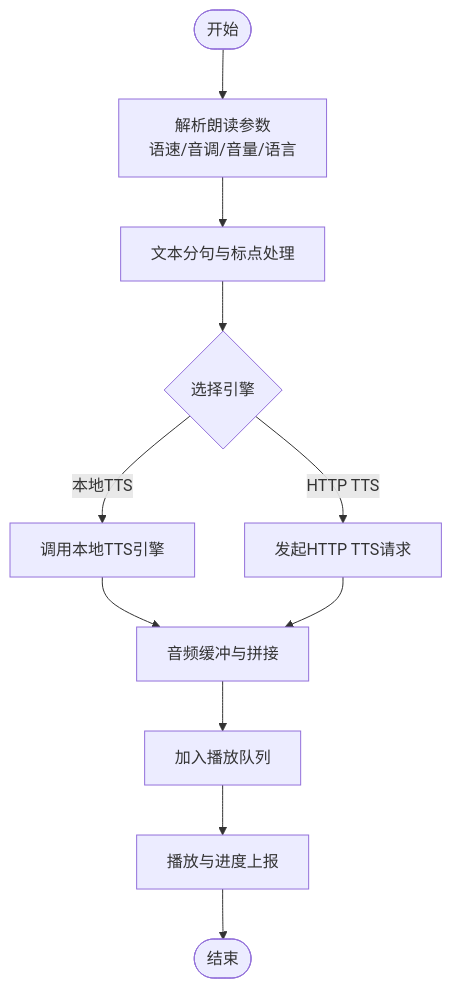
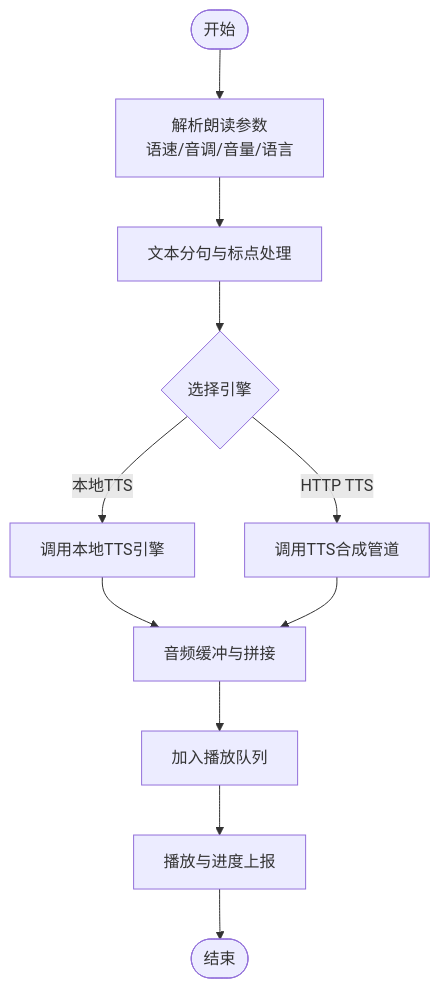
The fourth of 7 diagrams in .qoder/repowiki/zh/content/音频功能/音频功能.md (ZhangGHGitHub/LegadoTeamFlutter), drawn with Mermaid before and after one commit. The commit also changed other lines of this file and 173 other files, not shown here.

````diff
--- a/.qoder/repowiki/zh/content/音频功能/音频功能.md
+++ b/.qoder/repowiki/zh/content/音频功能/音频功能.md
@@ -155,13 +251,13 @@
 ```mermaid
 flowchart TD
 Start(["开始"]) --> Parse["解析朗读参数<br/>语速/音调/音量/语言"]
 Parse --> Split["文本分句与标点处理"]
 Split --> ChooseEngine{"选择引擎"}
 ChooseEngine --> |本地TTS| LocalTTS["调用本地TTS引擎"]
-ChooseEngine --> |HTTP TTS| HttpTTS["发起HTTP TTS请求"]
+ChooseEngine --> |HTTP TTS| HttpTTS["调用TTS合成管道"]
 LocalTTS --> Buffer["音频缓冲与拼接"]
 HttpTTS --> Buffer
 Buffer --> Queue["加入播放队列"]
 Queue --> Play["播放与进度上报"]
 Play --> End(["结束"])
 ```
````
